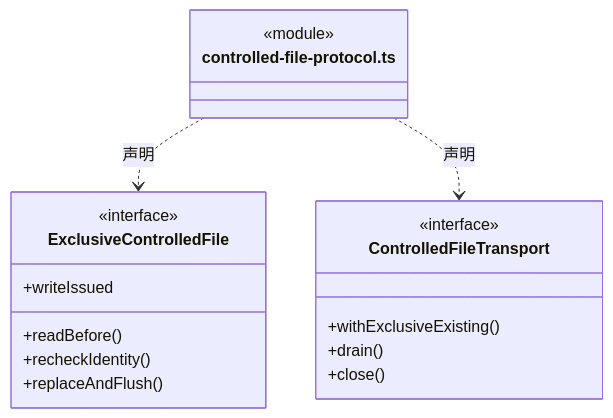
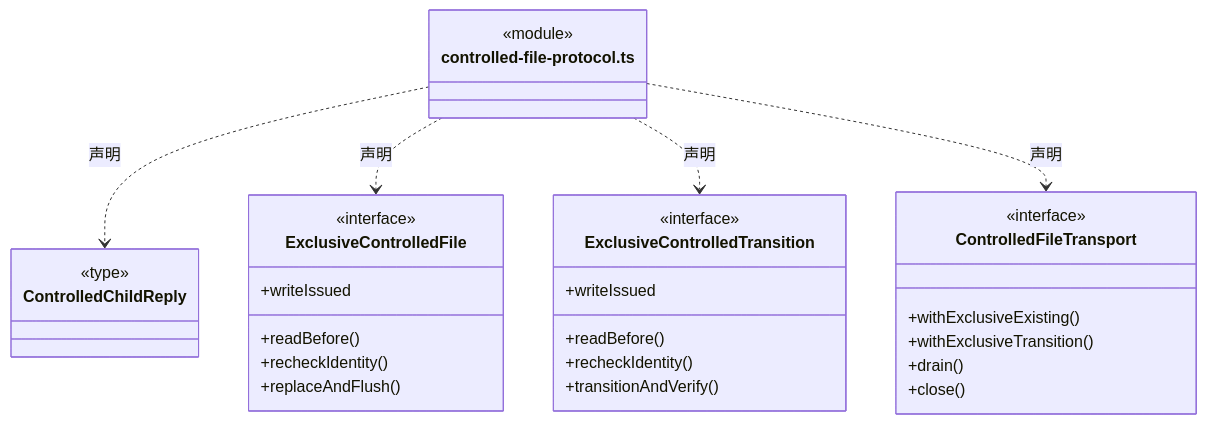
One commit to nan023062/cbim changed the sixth of 20 diagrams in src/backend/main/platform/ARCHITECTURE.md. Above: the diagram before and after it, drawn with Mermaid. The commit also changed other lines of this file and 62 other files, not shown here.

````diff
--- a/src/backend/main/platform/ARCHITECTURE.md
+++ b/src/backend/main/platform/ARCHITECTURE.md
@@ -119,21 +119,35 @@
 ```mermaid
 classDiagram
 class N_src_backend_main_platform_controlled_file_protocol_ts["controlled-file-protocol.ts"] {
   <<module>>
 }
+class N_src_backend_main_platform_controlled_file_protocol_ts_ControlledChildReply["ControlledChildReply"] {
+  <<type>>
+
+}
+N_src_backend_main_platform_controlled_file_protocol_ts ..> N_src_backend_main_platform_controlled_file_protocol_ts_ControlledChildReply : 声明
 class N_src_backend_main_platform_controlled_file_protocol_ts_ExclusiveControlledFile["ExclusiveControlledFile"] {
   <<interface>>
   +readBefore()
   +recheckIdentity()
   +replaceAndFlush()
   +writeIssued
 }
 N_src_backend_main_platform_controlled_file_protocol_ts ..> N_src_backend_main_platform_controlled_file_protocol_ts_ExclusiveControlledFile : 声明
+class N_src_backend_main_platform_controlled_file_protocol_ts_ExclusiveControlledTransition["ExclusiveControlledTransition"] {
+  <<interface>>
+  +readBefore()
+  +recheckIdentity()
+  +transitionAndVerify()
+  +writeIssued
+}
+N_src_backend_main_platform_controlled_file_protocol_ts ..> N_src_backend_main_platform_controlled_file_protocol_ts_ExclusiveControlledTransition : 声明
 class N_src_backend_main_platform_controlled_file_protocol_ts_ControlledFileTransport["ControlledFileTransport"] {
   <<interface>>
   +withExclusiveExisting()
+  +withExclusiveTransition()
   +drain()
   +close()
 }
 N_src_backend_main_platform_controlled_file_protocol_ts ..> N_src_backend_main_platform_controlled_file_protocol_ts_ControlledFileTransport : 声明
 ```
````
